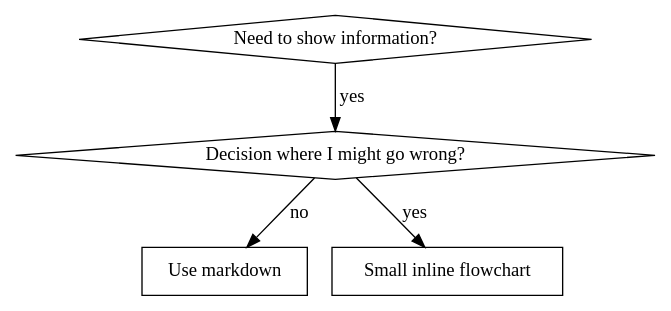
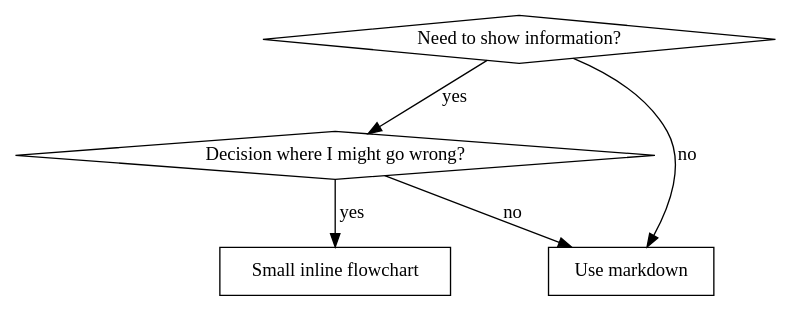
One commit to Skigim/CMSNext changed the diagram in skills/writing-skills/SKILL.md. Above: the diagram before and after it, drawn with Graphviz. The commit also changed other lines of this file and 34 other files, not shown here.

````diff
--- a/skills/writing-skills/SKILL.md
+++ b/skills/writing-skills/SKILL.md
@@ -321,12 +321,13 @@
 ```dot
 digraph when_flowchart {
     "Need to show information?" [shape=diamond];
     "Decision where I might go wrong?" [shape=diamond];
     "Use markdown" [shape=box];
     "Small inline flowchart" [shape=box];
 
     "Need to show information?" -> "Decision where I might go wrong?" [label="yes"];
+    "Need to show information?" -> "Use markdown" [label="no"];
     "Decision where I might go wrong?" -> "Small inline flowchart" [label="yes"];
     "Decision where I might go wrong?" -> "Use markdown" [label="no"];
 }
 ```
````
